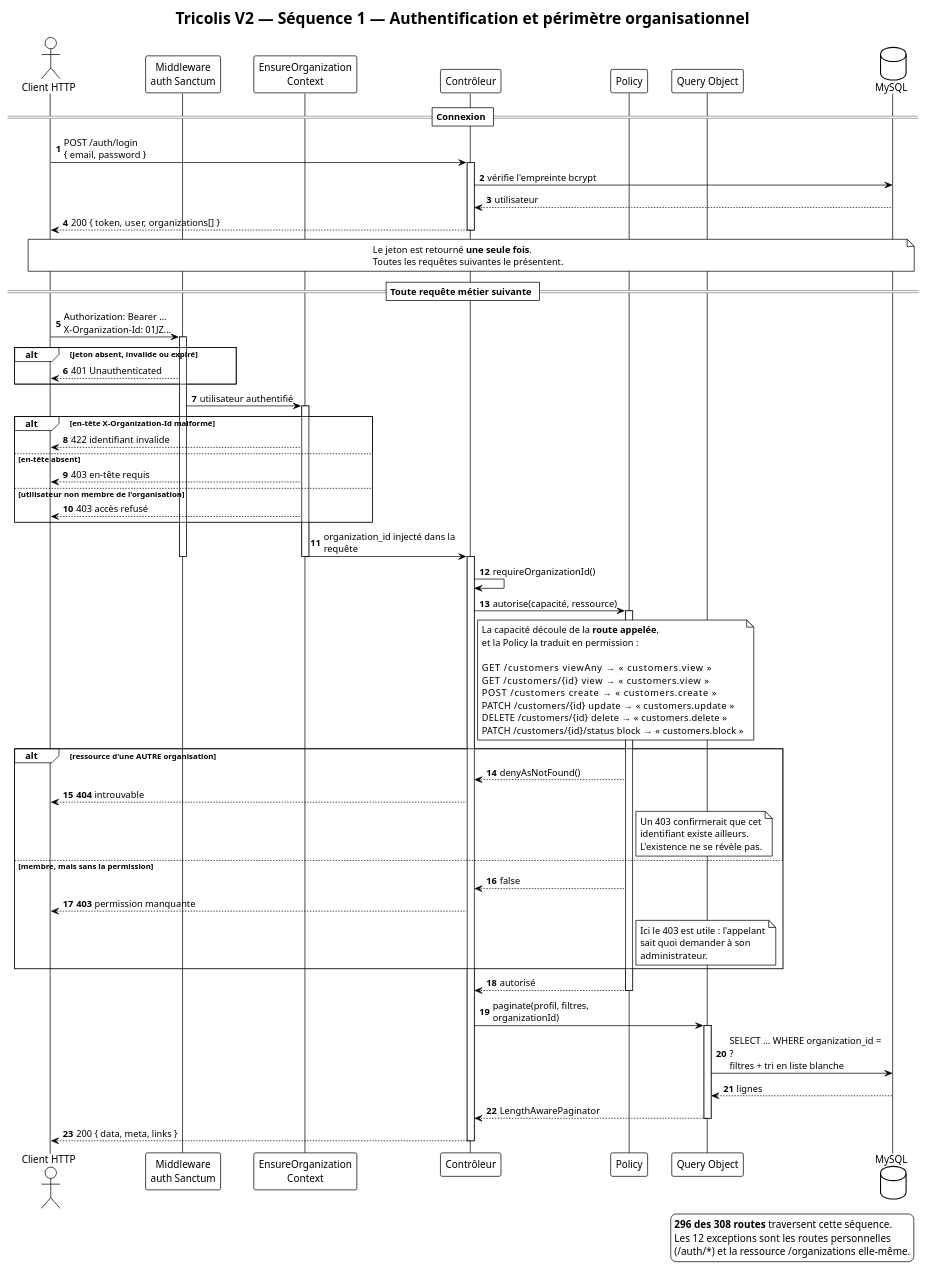
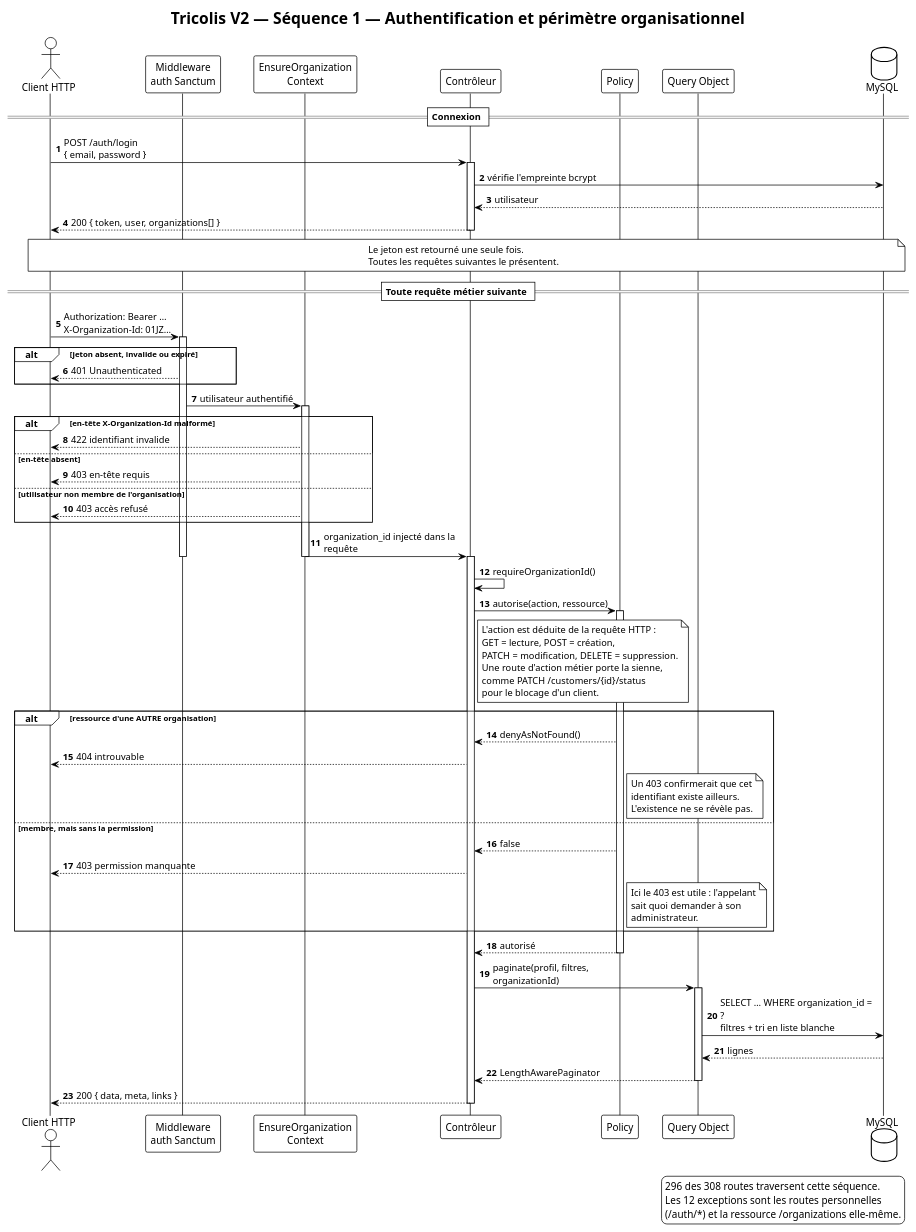
One commit to bouaichiDev/TricolisWeb changed the diagram in Conception/diagramme/sequence-1-authentification-perimetre.puml. Above: the diagram before and after it, drawn with PlantUML. The commit also changed 5 other files, not shown here.

First line of the commit message:
docs: corriger le rendu et le vocabulaire des diagrammes de sequence

```diff
--- a/Conception/diagramme/sequence-1-authentification-perimetre.puml
+++ b/Conception/diagramme/sequence-1-authentification-perimetre.puml
@@ -1,114 +1,111 @@
 @startuml
 !theme plain
 skinparam shadowing false
 skinparam sequenceMessageAlign left
 skinparam responseMessageBelowArrow true
 skinparam maxMessageSize 220
 skinparam ParticipantPadding 12
 skinparam BoxPadding 12
 
 title Tricolis V2 — Séquence 1 — Authentification et périmètre organisationnel
 
 actor "Client HTTP" as U
 participant "Middleware\nauth Sanctum" as S
 participant "EnsureOrganization\nContext" as M
 participant "Contrôleur" as C
 participant "Policy" as P
 participant "Query Object" as Q
 database "MySQL" as DB
 
 autonumber
 
 == Connexion ==
 
 U -> C : POST /auth/login\n{ email, password }
 activate C
 C -> DB : vérifie l'empreinte bcrypt
 DB --> C : utilisateur
 C --> U : 200 { token, user, organizations[] }
 deactivate C
 
 note over U, DB
-  Le jeton est retourné **une seule fois**.
+  Le jeton est retourné une seule fois.
   Toutes les requêtes suivantes le présentent.
 end note
 
 == Toute requête métier suivante ==
 
 U -> S : Authorization: Bearer …\nX-Organization-Id: 01JZ…
 activate S
 
 alt jeton absent, invalide ou expiré
   S --> U : 401 Unauthenticated
 end
 
 S -> M : utilisateur authentifié
 activate M
 
 alt en-tête X-Organization-Id malformé
   M --> U : 422 identifiant invalide
 else en-tête absent
   M --> U : 403 en-tête requis
 else utilisateur non membre de l'organisation
   M --> U : 403 accès refusé
 end
 
 M -> C : organization_id injecté dans la requête
 deactivate M
 deactivate S
 activate C
 
 C -> C : requireOrganizationId()
-C -> P : autorise(capacité, ressource)
+C -> P : autorise(action, ressource)
 activate P
 
 note right of C
-  La capacité découle de la **route appelée**,
-  et la Policy la traduit en permission :
-
-  GET    /customers        viewAny  →  « customers.view »
-  GET    /customers/{id}   view     →  « customers.view »
-  POST   /customers        create   →  « customers.create »
-  PATCH  /customers/{id}   update   →  « customers.update »
-  DELETE /customers/{id}   delete   →  « customers.delete »
-  PATCH  /customers/{id}/status  block  →  « customers.block »
+  L'action est déduite de la requête HTTP :
+  GET = lecture, POST = création,
+  PATCH = modification, DELETE = suppression.
+  Une route d'action métier porte la sienne,
+  comme PATCH /customers/{id}/status
+  pour le blocage d'un client.
 end note
 
 alt ressource d'une AUTRE organisation
   P --> C : denyAsNotFound()
-  C --> U : **404** introuvable
+  C --> U : 404 introuvable
   note right of P
     Un 403 confirmerait que cet
     identifiant existe ailleurs.
     L'existence ne se révèle pas.
   end note
 else membre, mais sans la permission
   P --> C : false
-  C --> U : **403** permission manquante
+  C --> U : 403 permission manquante
   note right of P
     Ici le 403 est utile : l'appelant
     sait quoi demander à son
     administrateur.
   end note
 end
 
 P --> C : autorisé
 deactivate P
 
 C -> Q : paginate(profil, filtres, organizationId)
 activate Q
 Q -> DB : SELECT … WHERE organization_id = ?\nfiltres + tri en liste blanche
 DB --> Q : lignes
 Q --> C : LengthAwarePaginator
 deactivate Q
 
 C --> U : 200 { data, meta, links }
 deactivate C
 
 legend right
-  **296 des 308 routes** traversent cette séquence.
+  296 des 308 routes traversent cette séquence.
   Les 12 exceptions sont les routes personnelles
   (/auth/*) et la ressource /organizations elle-même.
 end legend
 
 @enduml
```
